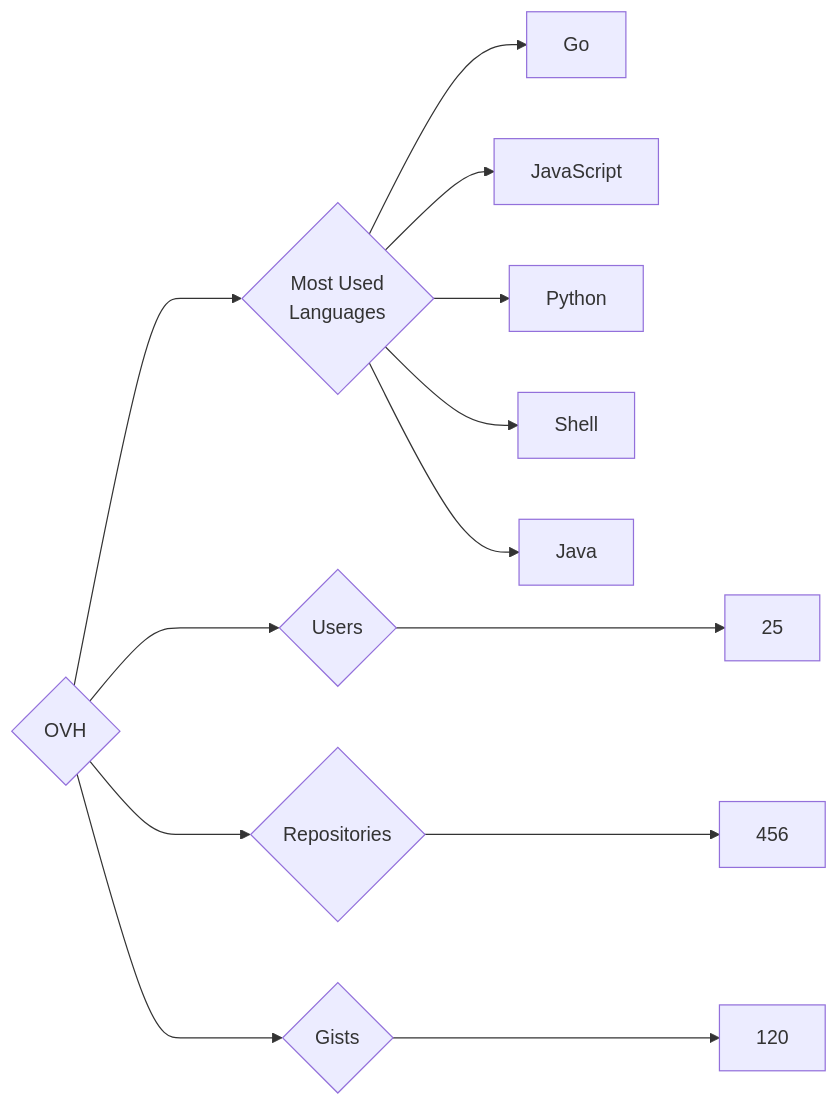
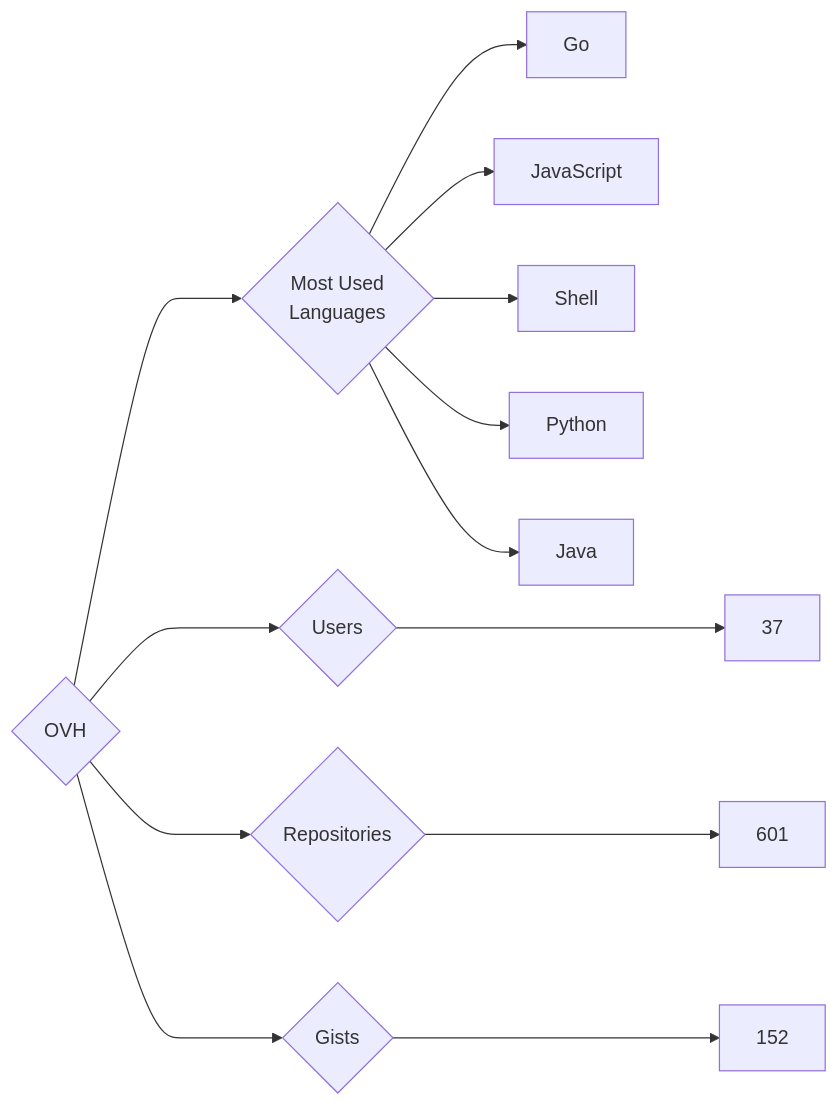
Before and after one commit to trickest/insiders: the diagram in targets/OVH/README.md, drawn with Mermaid. The commit also changed 969 other files, not shown here.

````diff
--- a/targets/OVH/README.md
+++ b/targets/OVH/README.md
@@ -3,13 +3,13 @@
 ```mermaid
 graph LR
 COMPANY_NAME{OVH}
-COMPANY_NAME ---> U{Users} ---> UN[25]
-COMPANY_NAME ---> R{Repositories} ---> RN[456]
-COMPANY_NAME ---> G{Gists} ---> GN[120]
+COMPANY_NAME ---> U{Users} ---> UN[37]
+COMPANY_NAME ---> R{Repositories} ---> RN[601]
+COMPANY_NAME ---> G{Gists} ---> GN[152]
 COMPANY_NAME ---> ML{Most Used<br>Languages}
 ML --> Go[Go]
 ML --> JavaScript[JavaScript]
+ML --> Shell[Shell]
 ML --> Python[Python]
-ML --> Shell[Shell]
 ML --> Java[Java]
 ```
````
